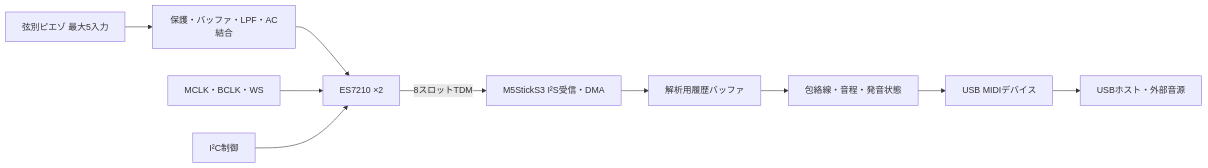
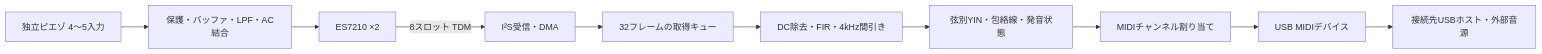
The diagram in docs/firmware-design.md (Bongorian/M5basspiezohat), drawn with Mermaid before and after one commit. The commit also changed other lines of this file and 63 other files, not shown here.

Commit message:
Implement StickS3 piezo-to-MIDI firmware with USB role switching and calibration tools

````diff
--- a/docs/firmware-design.md
+++ b/docs/firmware-design.md
@@ -7,12 +7,12 @@
 ```mermaid
 flowchart LR
-  P[弦別ピエゾ 最大5入力] --> A[保護・バッファ・LPF・AC結合]
+  P[独立ピエゾ 4〜5入力] --> A[保護・バッファ・LPF・AC結合]
   A --> D[ES7210 ×2]
-  D -->|8スロットTDM| M[M5StickS3 I²S受信・DMA]
-  M --> R[解析用履歴バッファ]
-  R --> F[包絡線・音程・発音状態]
-  F --> U[USB MIDIデバイス]
-  U --> H[USBホスト・外部音源]
-  C[MCLK・BCLK・WS] --> D
-  I[I²C制御] --> D
+  D -->|8スロット TDM| M[I²S受信・DMA]
+  M --> Q[32フレームの取得キュー]
+  Q --> F[DC除去・FIR・4kHz間引き]
+  F --> Y[弦別YIN・包絡線・発音状態]
+  Y --> R[MIDIチャンネル割り当て]
+  R --> U[USB MIDIデバイス]
+  U --> H[接続先USBホスト・外部音源]
 ```
````
